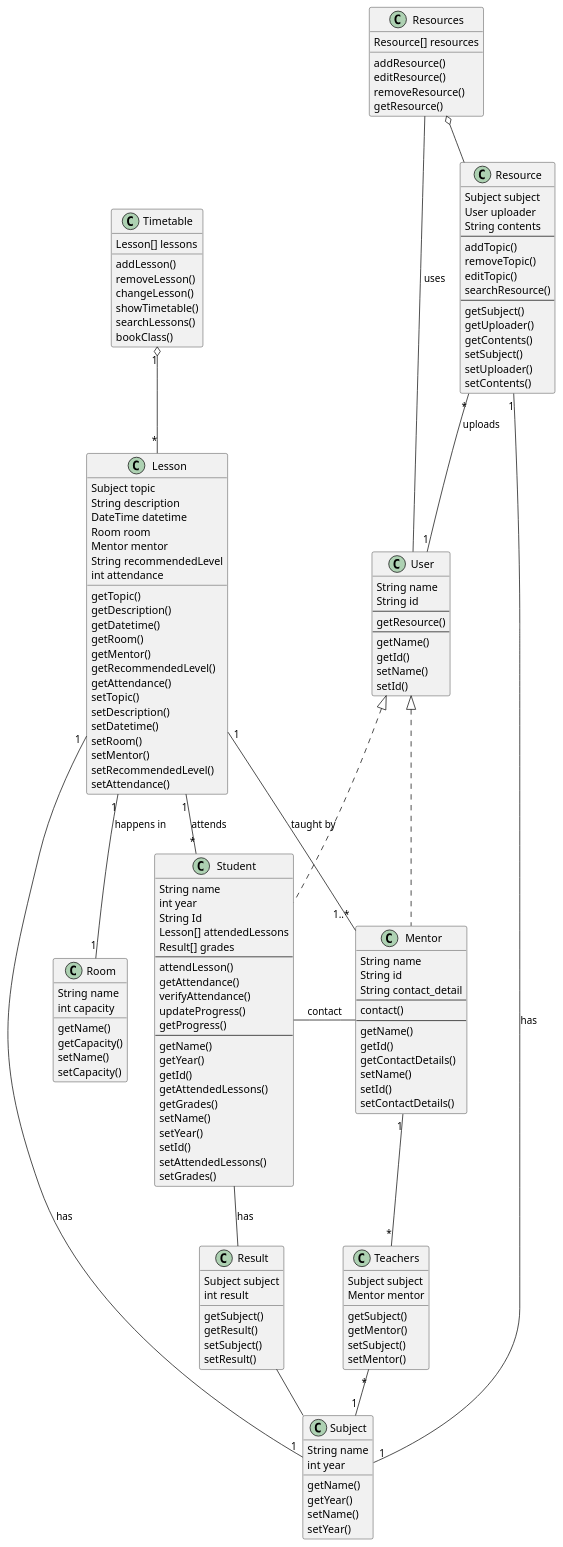
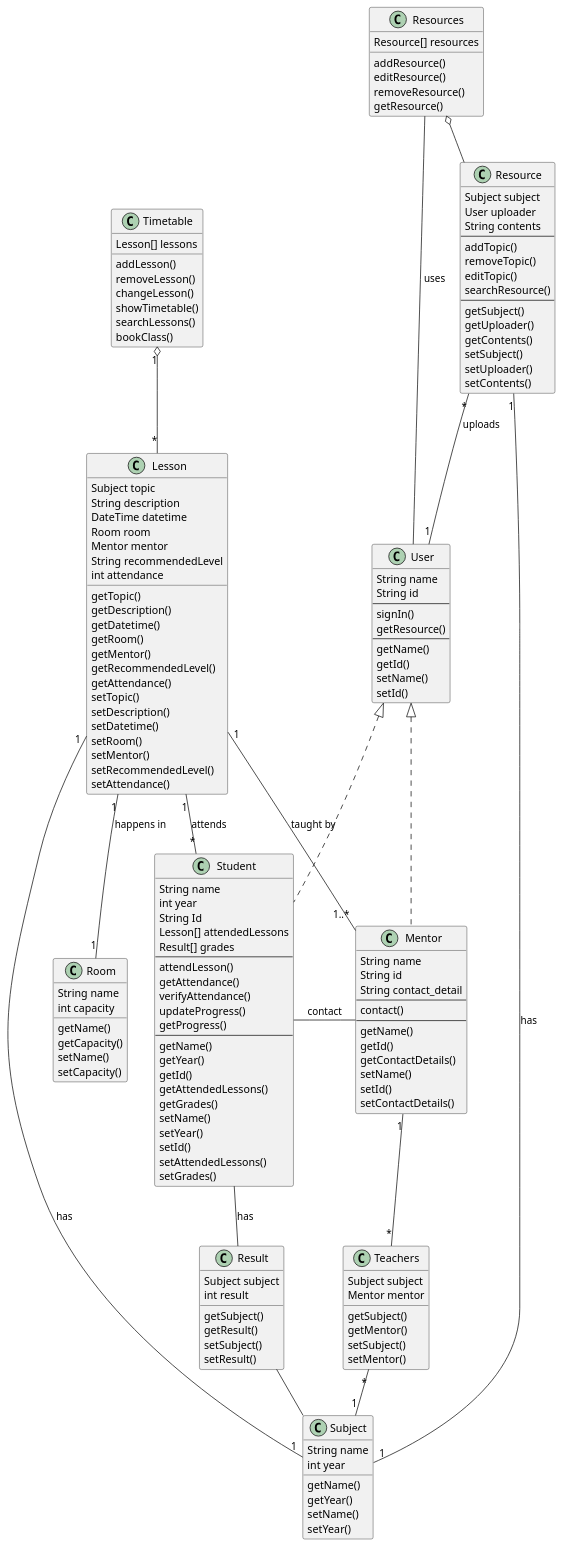
One commit to Gyrogaming01/asdp-project-1 changed the diagram in Class Diagrams/class_diagram.pu. Above: the diagram before and after it, drawn with PlantUML. The commit also changed 1 other file, not shown here.

Commit message:
updated class diagram

```diff
--- a/Class Diagrams/class_diagram.pu
+++ b/Class Diagrams/class_diagram.pu
@@ -1,171 +1,172 @@
 @startuml
 
 Timetable "1" o-- "*" Lesson
 Lesson "1" -- "1" Room : happens in
 Lesson "1" -- "1..*" Mentor : taught by
 
 Mentor "1" -- "*" Teachers
 Teachers "*" -- "1" Subject
 Resource "*" -- "1" User : uploads
 User <|.. Student
 User <|.. Mentor
 Resource "1" -- "1" Subject : has
 Resources o-- Resource
 Lesson "1" -- "1" Subject : has
 Lesson "1" -- "*" Student : attends
 Resources -- User : uses
 
 class Timetable {
   Lesson[] lessons
   addLesson()
   removeLesson()
   changeLesson()
   showTimetable()
   searchLessons()
   bookClass()
 }
 
 class Lesson {
   Subject topic
   String description
   DateTime datetime
   Room room
   Mentor mentor
   String recommendedLevel
   int attendance
   getTopic()
   getDescription()
   getDatetime()
   getRoom()
   getMentor()
   getRecommendedLevel()
   getAttendance()
   setTopic()
   setDescription()
   setDatetime()
   setRoom()
   setMentor()
   setRecommendedLevel()
   setAttendance()
 }
 
 class Room {
   String name
   int capacity
   getName()
   getCapacity()
   setName()
   setCapacity()
 }
 
 class Mentor {
   String name
   String id
   String contact_detail
   ---
   contact()
   ---
   getName()
   getId()
   getContactDetails()
   setName()
   setId()
   setContactDetails()
 }
 
 Student - Mentor : contact
 
 class Resources {
   Resource[] resources
   addResource()
   editResource()
   removeResource()
   getResource()
 }
 
 class Resource {
   Subject subject
   User uploader
   String contents
   ---
   addTopic()
   removeTopic()
   editTopic()
   searchResource()
   ---
   getSubject()
   getUploader()
   getContents()
   setSubject()
   setUploader()
   setContents()
 }
 
 class User {
   String name
   String id
   ---
+  signIn()
   getResource()
   ---
   getName()
   getId()
   setName()
   setId()
 }
 
 class Student {
   String name
   int year
   String Id
   Lesson[] attendedLessons
   Result[] grades
   ---
   attendLesson()
   getAttendance()
   verifyAttendance()
   updateProgress()
   getProgress()
   ---
   getName()
   getYear()
   getId()
   getAttendedLessons()
   getGrades()
   setName()
   setYear()
   setId()
   setAttendedLessons()
   setGrades()
 }
 
 Student -- Result : has
 Result -- Subject
 
 class Result {
   Subject subject
   int result
   getSubject()
   getResult()
   setSubject()
   setResult()
 }
 
 class Subject {
   String name
   int year
   getName()
   getYear()
   setName()
   setYear()
 }
 
 class Teachers {
   Subject subject
   Mentor mentor
   getSubject()
   getMentor()
   setSubject()
   setMentor()
 }
 
 @enduml
```
